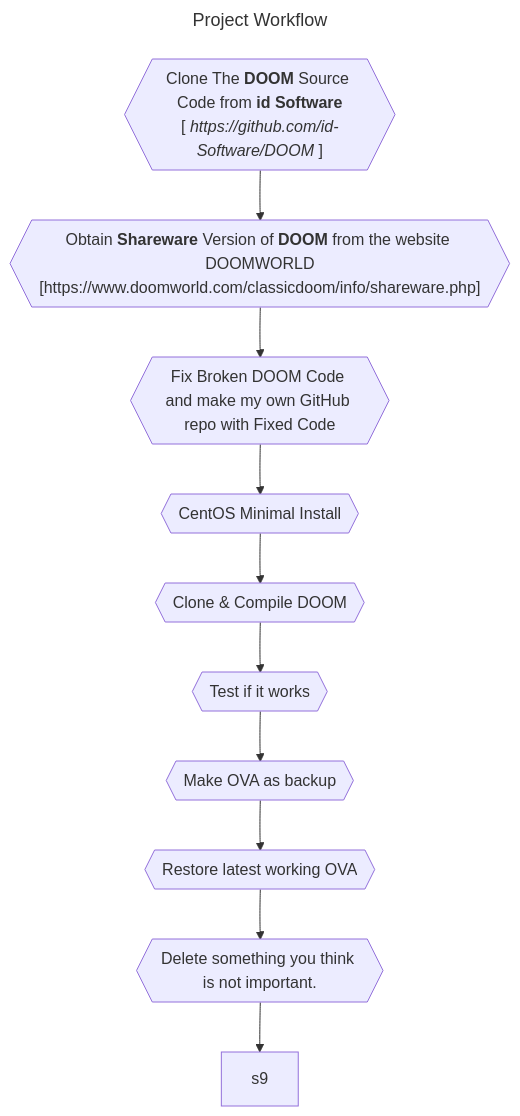
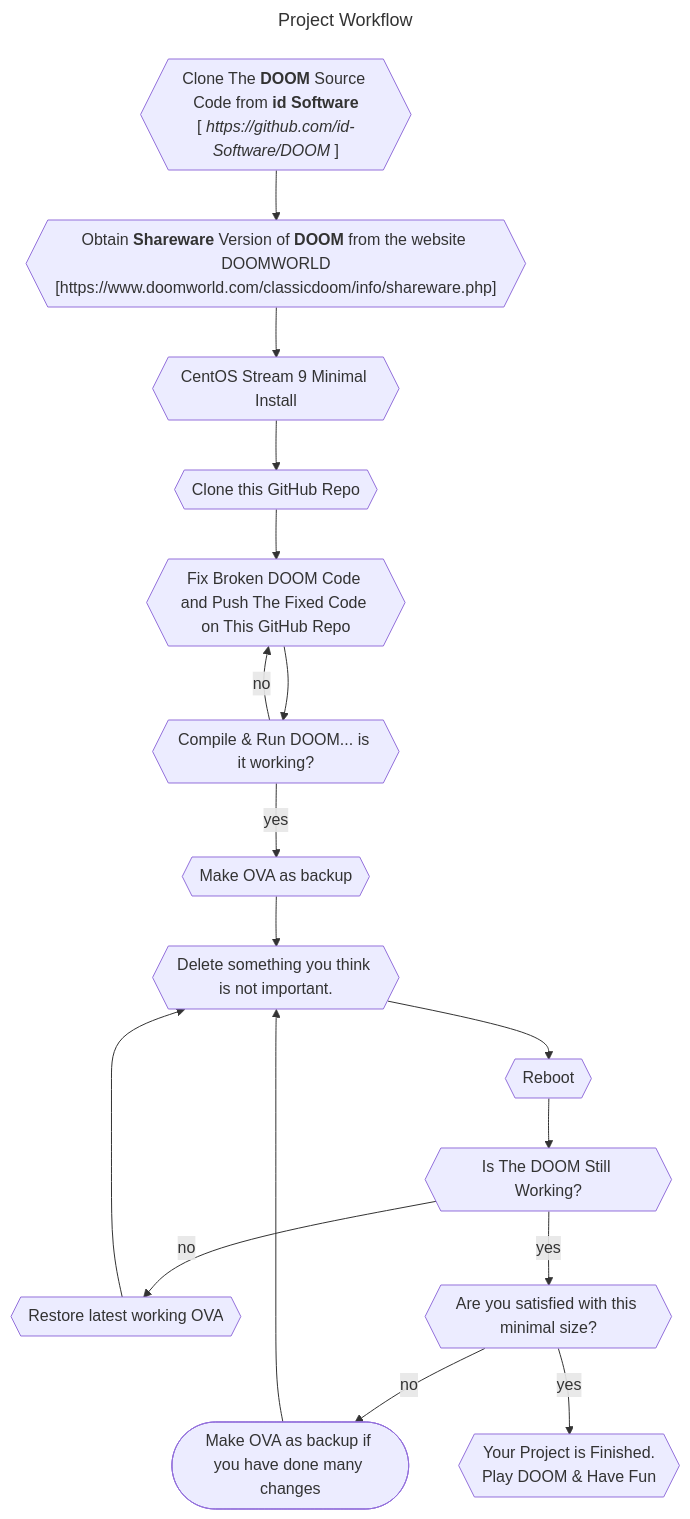
One commit to W41do/SOS-DOOM changed the diagram in README.md. Above: the diagram before and after it, drawn with Mermaid.

Commit message:
testing mermaid diagram

````diff
--- a/README.md
+++ b/README.md
@@ -157,32 +157,62 @@
 ```mermaid
 ---
 title: Project Workflow
 ---
 flowchart TD
+    
     s0{{"Clone The <strong>DOOM</strong> Source Code from <strong>id Software</strong><br>[<i> https://github.com/id-Software/DOOM </i>]"}}
+    
     s1{{"Obtain <strong>Shareware</strong> Version of <strong>DOOM</strong> from the website DOOMWORLD<br>[https://www.doomworld.com/classicdoom/info/shareware.php]"}}
-    s2{{Fix Broken DOOM Code and make my own GitHub repo with Fixed Code}}
-    s3{{CentOS Minimal Install}}
-    s4{{Clone & Compile DOOM}}
-    s5{{Test if it works}}
+
+    s2{{CentOS Stream 9 Minimal Install}}
+
+    s3{{Clone this GitHub Repo}}
+
+    s4{{Fix Broken DOOM Code and Push The Fixed Code on This GitHub Repo}}
+
+    s5{{Compile & Run DOOM... is it working?}}
+
     s6{{Make OVA as backup}}
-    s7{{Restore latest working OVA}}
-    s8{{"Delete something you think is not important."}}
+
+    s7{{"Delete something you think is not important."}}
+
+    s8{{Reboot}}
+    
+    s9{{Is The DOOM Still Working?}}
+
+    s10([Make OVA as backup if <br>you have done many changes])
+
+    s11{{Restore latest working OVA}}
+
+    s12{{Are you satisfied with this minimal size?}}
+    s13{{Your Project is Finished.<br>Play DOOM & Have Fun}}
 
     s0 --> s1
     s1 --> s2
     s2 --> s3
     s3 --> s4
     s4 --> s5
-    s5 --> s6
+    
+    s5 -->|no| s4
+    s5 -->|yes| s6
+    
     s6 --> s7
     s7 --> s8
     s8 --> s9
+
+    s11 --> s7
+
+    s9 -->|yes| s12
+    s12 -->|no| s10 --> s7
+    s12 -->|yes| s13
+    s9 -->|no| s11
+
+    
     %% start -->|text| stop
     %% start --> st
 
 
 
 %% style id1 fill:#f9f,stroke:#333,stroke-width:4px
 %% style id2 fill:#bbf,stroke:#f66,stroke-width:2px,color:#fff,stroke-dasharray: 5 5
 ```
````
